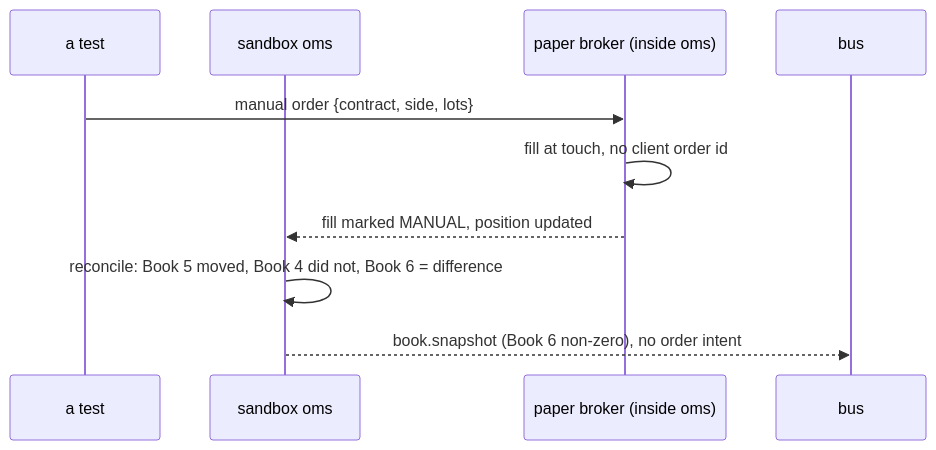
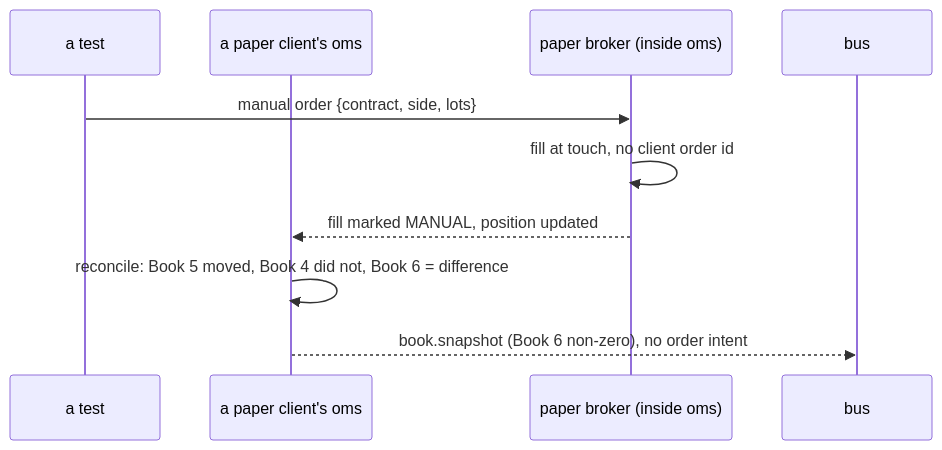
The diagram in docs/design/execution/paper-broker.md (lalitkarthik/delta-exchange-payoff), drawn with Mermaid before and after one commit. The commit also changed other lines of this file and 10 other files, not shown here.

Commit message:
The execution design becomes multi-client: one OMS per client, subscriptions in strategy units, per-client risk

````diff
--- a/docs/design/execution/paper-broker.md
+++ b/docs/design/execution/paper-broker.md
@@ -88,12 +90,12 @@
 ```mermaid
 sequenceDiagram
   participant P as a test
-  participant OMS as sandbox oms
+  participant OMS as a paper client's oms
   participant PB as paper broker (inside oms)
   participant BUS as bus
   P->>PB: manual order {contract, side, lots}
   PB->>PB: fill at touch, no client order id
   PB-->>OMS: fill marked MANUAL, position updated
   OMS->>OMS: reconcile: Book 5 moved, Book 4 did not, Book 6 = difference
   OMS-->>BUS: book.snapshot (Book 6 non-zero), no order intent
 ```
````
